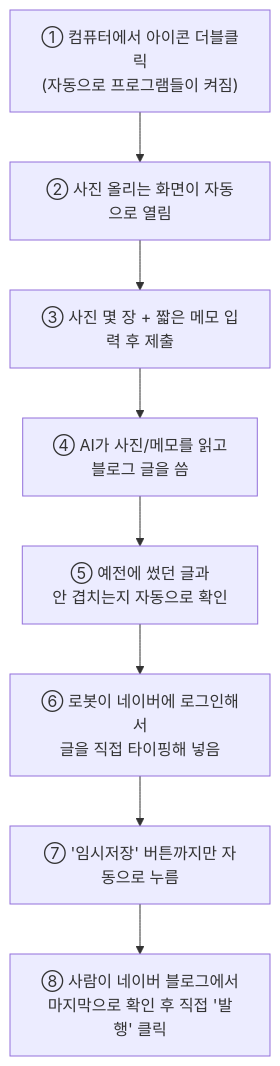
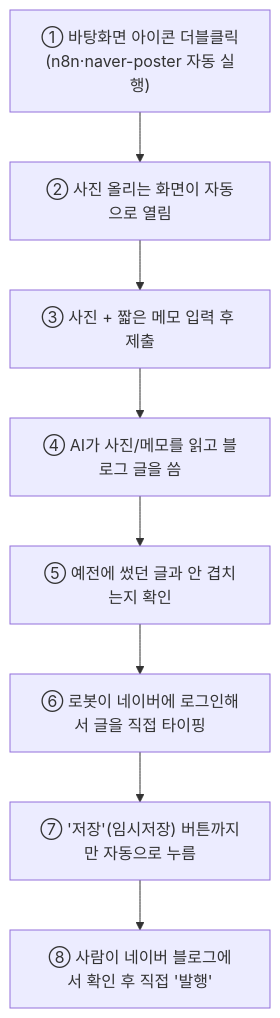
The diagram in README.md (0su1327/wonhada-blog-automation), drawn with Mermaid before and after one commit. The commit also changed other lines of this file, not shown here.

````diff
--- a/README.md
+++ b/README.md
@@ -19,10 +18,10 @@
 ```mermaid
 flowchart TD
-    A["① 컴퓨터에서 아이콘 더블클릭\n(자동으로 프로그램들이 켜짐)"] --> B["② 사진 올리는 화면이 자동으로 열림"]
-    B --> C["③ 사진 몇 장 + 짧은 메모 입력 후 제출"]
-    C --> D["④ AI가 사진/메모를 읽고\n블로그 글을 씀"]
-    D --> E["⑤ 예전에 썼던 글과\n안 겹치는지 자동으로 확인"]
-    E --> F["⑥ 로봇이 네이버에 로그인해서\n글을 직접 타이핑해 넣음"]
-    F --> G["⑦ '임시저장' 버튼까지만 자동으로 누름"]
-    G --> H["⑧ 사람이 네이버 블로그에서\n마지막으로 확인 후 직접 '발행' 클릭"]
+    A["① 바탕화면 아이콘 더블클릭\n(n8n·naver-poster 자동 실행)"] --> B["② 사진 올리는 화면이 자동으로 열림"]
+    B --> C["③ 사진 + 짧은 메모 입력 후 제출"]
+    C --> D["④ AI가 사진/메모를 읽고 블로그 글을 씀"]
+    D --> E["⑤ 예전에 썼던 글과 안 겹치는지 확인"]
+    E --> F["⑥ 로봇이 네이버에 로그인해서 글을 직접 타이핑"]
+    F --> G["⑦ '저장'(임시저장) 버튼까지만 자동으로 누름"]
+    G --> H["⑧ 사람이 네이버 블로그에서 확인 후 직접 '발행'"]
 ```
````
